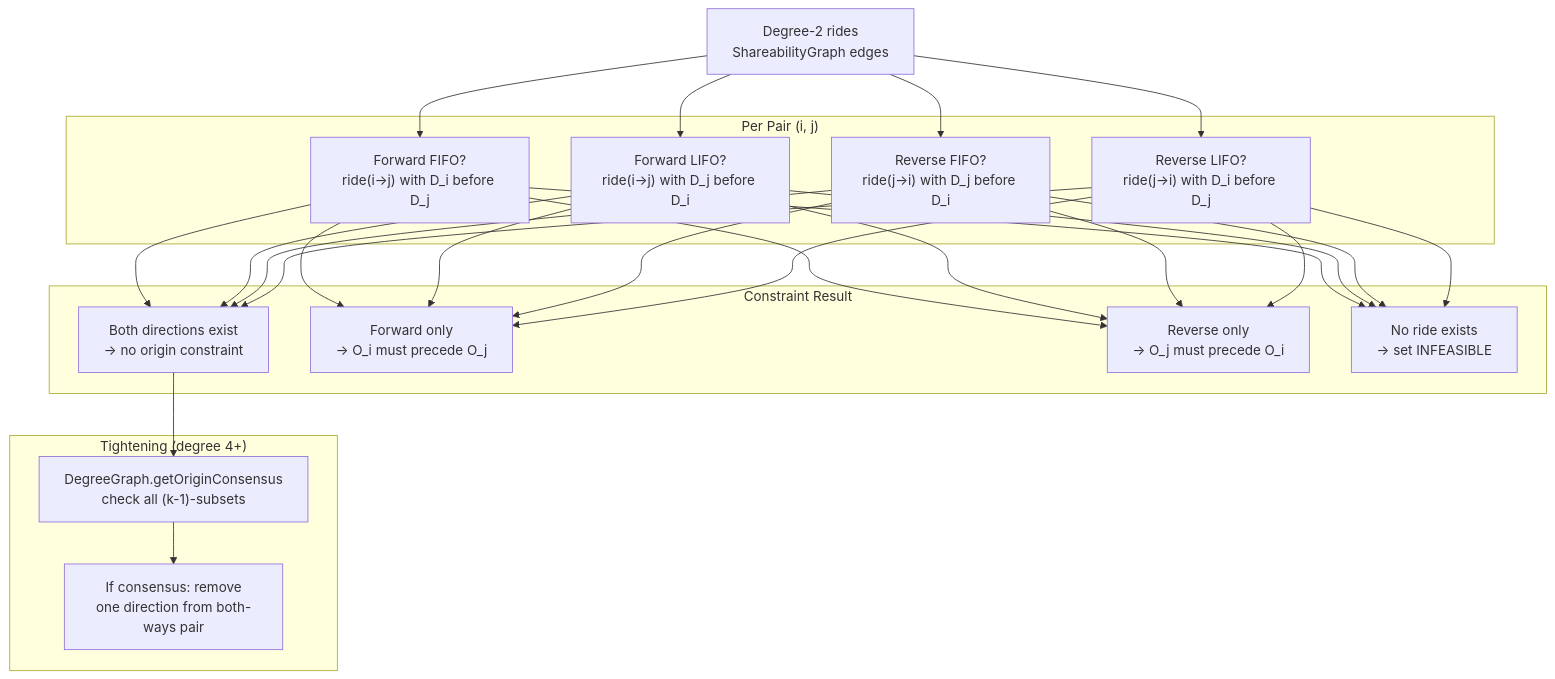
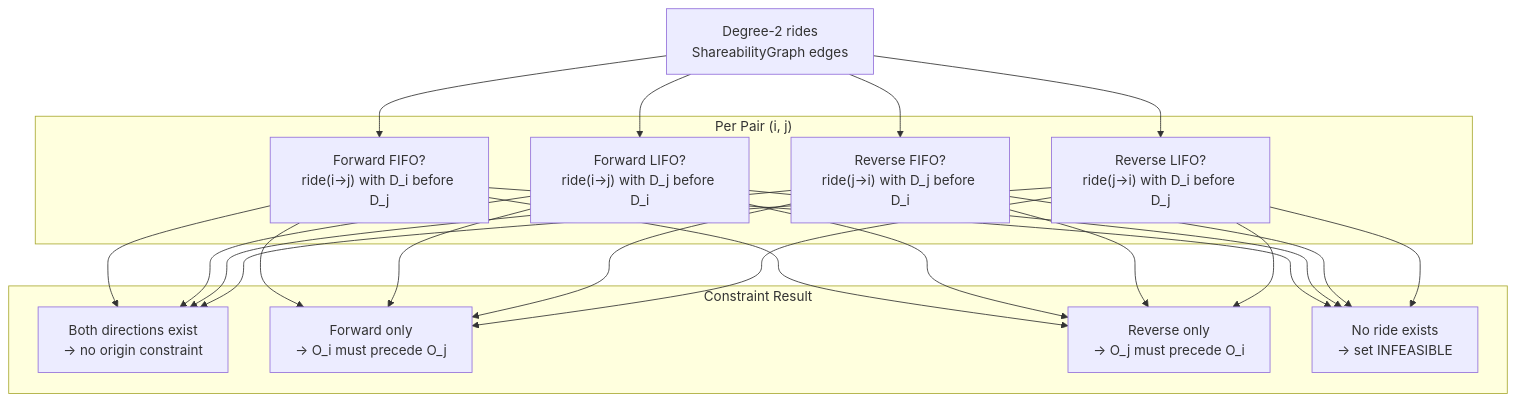
One commit to Chrigarr9/matsim-libs changed the fourth of 23 diagrams in contribs/drt-demand-extraction/docs/drt-demand-extraction-architecture.md. Above: the diagram before and after it, drawn with Mermaid. The commit also changed other lines of this file, not shown here.

First line of the commit message:
docs: rewrite drt-demand-extraction-architecture.md to current code-truth

````diff
--- a/contribs/drt-demand-extraction/docs/drt-demand-extraction-architecture.md
+++ b/contribs/drt-demand-extraction/docs/drt-demand-extraction-architecture.md
@@ -126,27 +146,21 @@
 ```mermaid
 flowchart TD
     PAIR_RIDES["Degree-2 rides<br/>ShareabilityGraph edges"]
     
     subgraph "Per Pair (i, j)"
         FWD_FIFO["Forward FIFO?<br/>ride(i→j) with D_i before D_j"]
         FWD_LIFO["Forward LIFO?<br/>ride(i→j) with D_j before D_i"]
         REV_FIFO["Reverse FIFO?<br/>ride(j→i) with D_j before D_i"]
         REV_LIFO["Reverse LIFO?<br/>ride(j→i) with D_i before D_j"]
     end
 
     subgraph "Constraint Result"
         BOTH["Both directions exist<br/>→ no origin constraint"]
         FWD_ONLY["Forward only<br/>→ O_i must precede O_j"]
         REV_ONLY["Reverse only<br/>→ O_j must precede O_i"]
         NONE["No ride exists<br/>→ set INFEASIBLE"]
     end
 
-    subgraph "Tightening (degree 4+)"
-        CONSENSUS["DegreeGraph.getOriginConsensus<br/>check all (k-1)-subsets"]
-        TIGHT["If consensus: remove<br/>one direction from both-ways pair"]
-    end
-
     PAIR_RIDES --> FWD_FIFO & FWD_LIFO & REV_FIFO & REV_LIFO
     FWD_FIFO & FWD_LIFO & REV_FIFO & REV_LIFO --> BOTH & FWD_ONLY & REV_ONLY & NONE
-    BOTH --> CONSENSUS --> TIGHT
 ```
````
